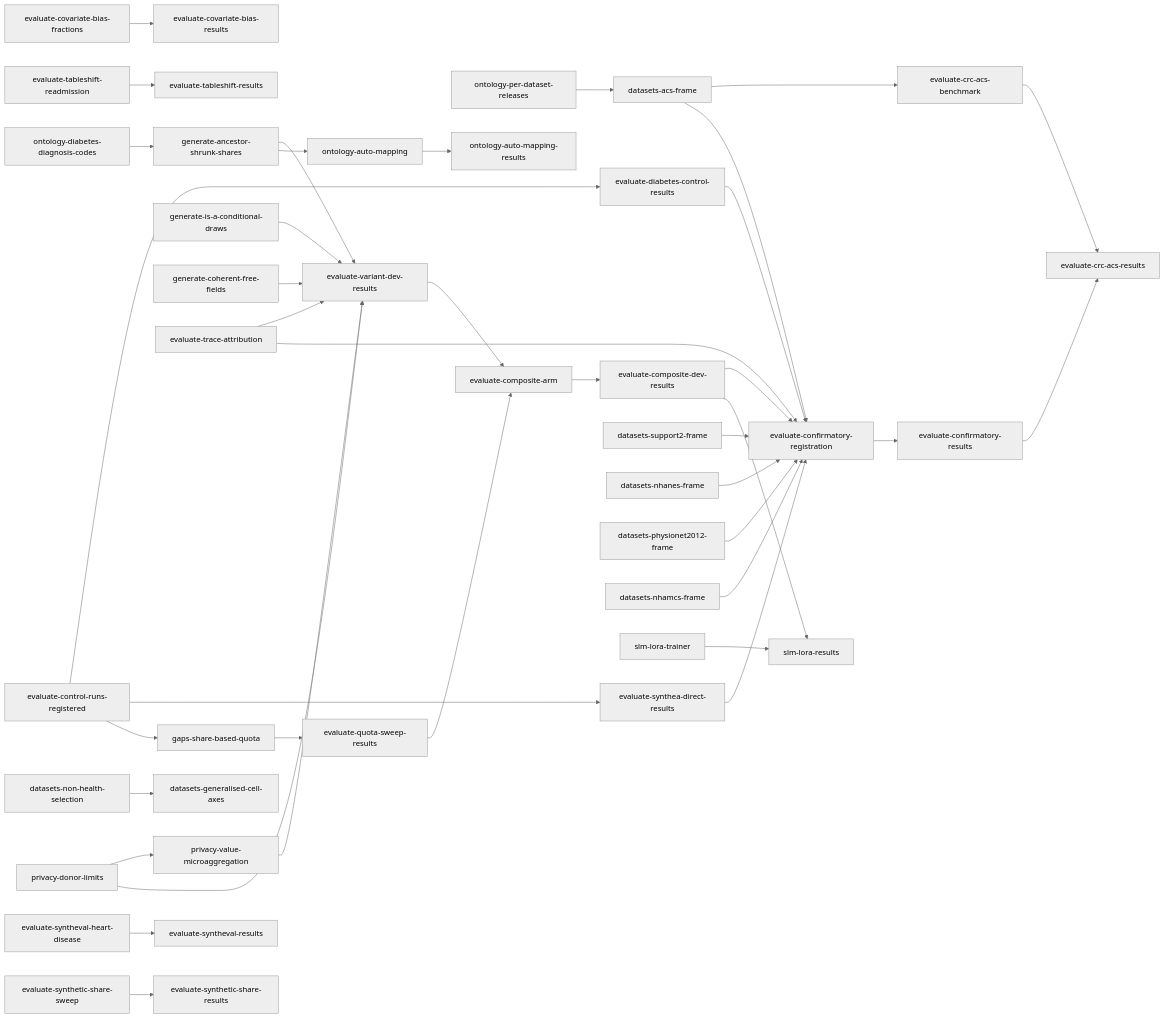
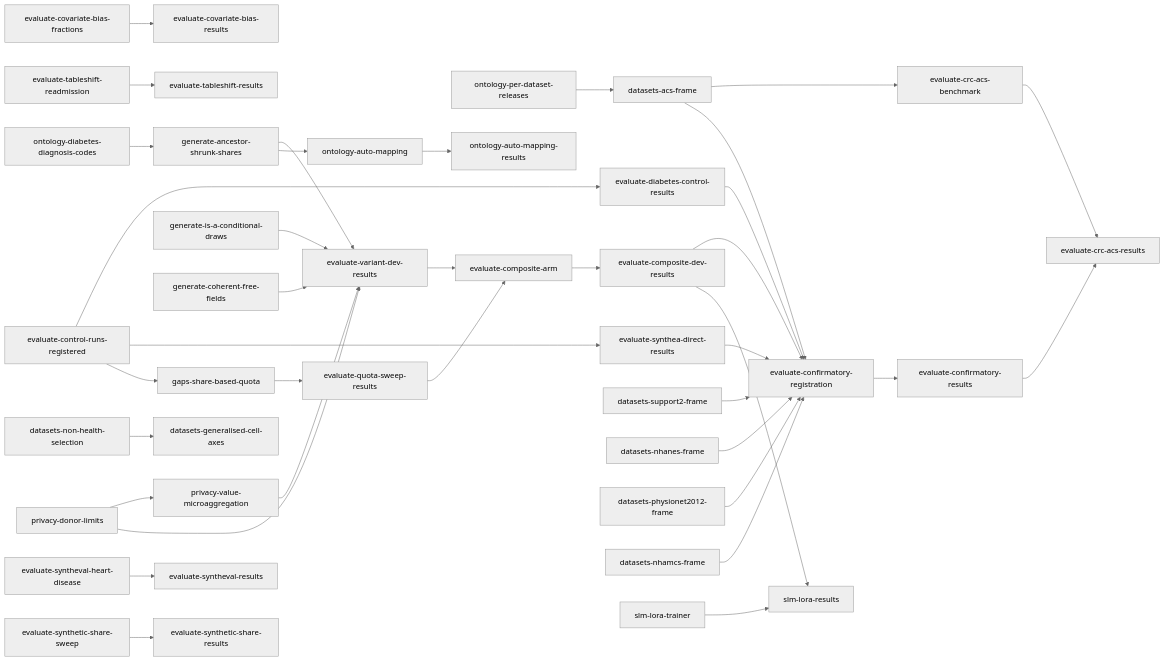
The diagram in tasks/direct-index.md (joe-dartmouth/synthetic), drawn with Mermaid (neutral theme) before and after one commit. The commit also changed other lines of this file and 15 other files, not shown here.

First line of the commit message:
Add the trace attribution reading (#121)

````diff
--- a/tasks/direct-index.md
+++ b/tasks/direct-index.md
@@ -81,41 +80,39 @@
 ```mermaid
 flowchart LR
     u37[evaluate-covariate-bias-fractions] --> u38[evaluate-covariate-bias-results]
     u39[evaluate-tableshift-readmission] --> u40[evaluate-tableshift-results]
     u6[evaluate-control-runs-registered] --> u7[evaluate-diabetes-control-results]
     u6 --> u8[evaluate-synthea-direct-results]
     u12[ontology-diabetes-diagnosis-codes] --> u13[generate-ancestor-shrunk-shares]
     u15[privacy-donor-limits] --> u16[privacy-value-microaggregation]
     u11[generate-is-a-conditional-draws] --> u19[evaluate-variant-dev-results]
     u13 --> u19
     u15 --> u19
     u16 --> u19
     u17[generate-coherent-free-fields] --> u19
-    u18[evaluate-trace-attribution] --> u19
     u6 --> u20[gaps-share-based-quota]
     u20 --> u21[evaluate-quota-sweep-results]
     u24[ontology-per-dataset-releases] --> u27[datasets-acs-frame]
     u27 --> u41[evaluate-crc-acs-benchmark]
     u49[datasets-non-health-selection] --> u50[datasets-generalised-cell-axes]
     u43[evaluate-syntheval-heart-disease] --> u44[evaluate-syntheval-results]
     u19 --> u28[evaluate-composite-arm]
     u21 --> u28
     u28 --> u29[evaluate-composite-dev-results]
     u7 --> u30[evaluate-confirmatory-registration]
     u8 --> u30
-    u18 --> u30
     u45[evaluate-synthetic-share-sweep] --> u46[evaluate-synthetic-share-results]
     u25[datasets-support2-frame] --> u30
     u26[datasets-nhanes-frame] --> u30
     u27 --> u30
     u47[datasets-physionet2012-frame] --> u30
     u48[datasets-nhamcs-frame] --> u30
     u29 --> u30
     u30 --> u31[evaluate-confirmatory-results]
     u41 --> u42[evaluate-crc-acs-results]
     u31 --> u42
     u13 --> u32[ontology-auto-mapping]
     u32 --> u33[ontology-auto-mapping-results]
     u29 --> u36[slm-lora-results]
     u35[slm-lora-trainer] --> u36
 ```
````
